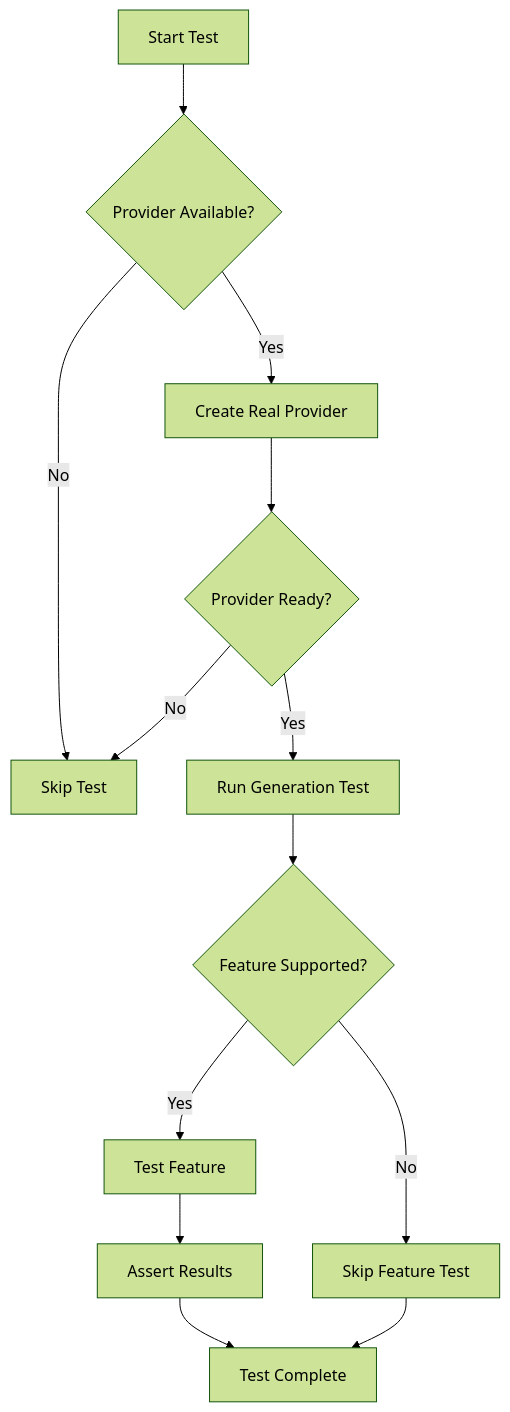
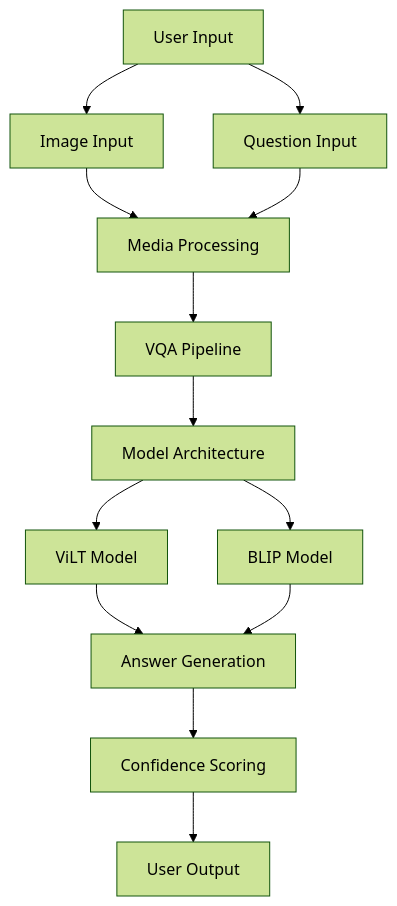
Before and after one commit to lpalbou/AbstractLLM: the sixth of 6 diagrams in docs/data_flow.md, drawn with Mermaid (forest theme). The commit also changed other lines of this file and 45 other files, not shown here.

````diff
--- a/docs/data_flow.md
+++ b/docs/data_flow.md
@@ -739,19 +72,15 @@
 ```mermaid
-flowchart TD
-    A[Start Test] --> B{Provider Available?}
-    B -->|Yes| C[Create Real Provider]
-    B -->|No| D[Skip Test]
-    
-    C --> E{Provider Ready?}
-    E -->|Yes| F[Run Generation Test]
-    E -->|No| D
-    
-    F --> G{Feature Supported?}
-    G -->|Yes| H[Test Feature]
-    G -->|No| I[Skip Feature Test]
-    
-    H --> J[Assert Results]
-    J --> K[Test Complete]
-    
-    I --> K
+graph TD
+    A[User Input] --> B[Image Input]
+    A --> C[Question Input]
+    B --> D[Media Processing]
+    C --> D
+    D --> E[VQA Pipeline]
+    E --> F[Model Architecture]
+    F --> G[ViLT Model]
+    F --> H[BLIP Model]
+    G --> I[Answer Generation]
+    H --> I
+    I --> J[Confidence Scoring]
+    J --> K[User Output]
 ```
````
